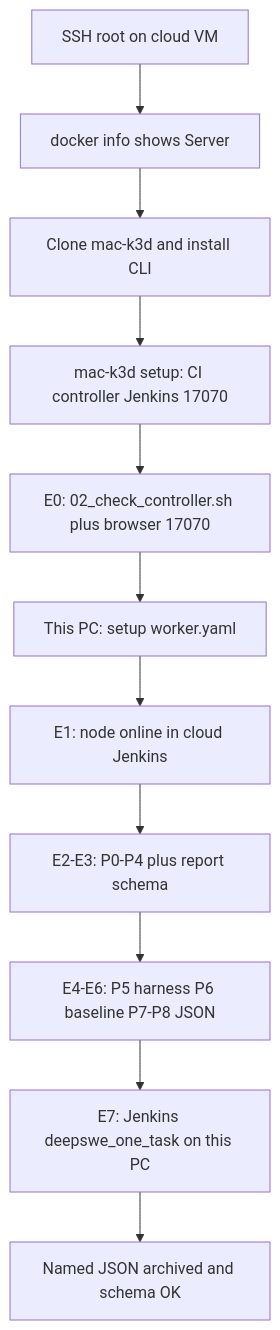
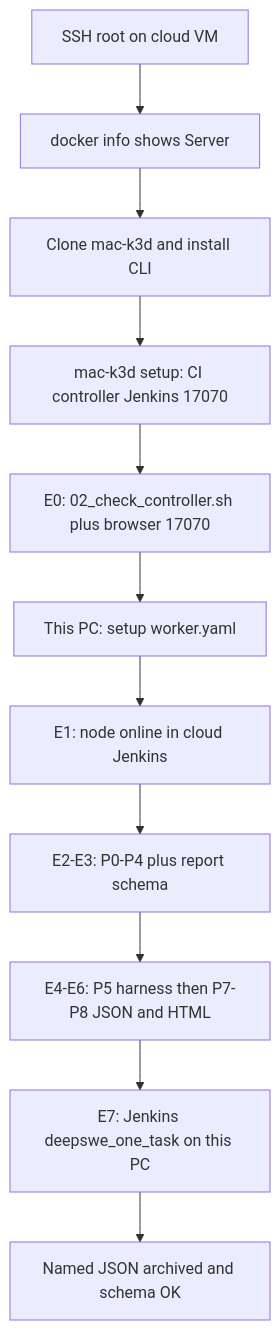
One commit to Toby-Yu/mac-k3d changed the first of 2 diagrams in docs/testing/cloud-eval-runbook.md. Above: the diagram before and after it, drawn with Mermaid. The commit also changed other lines of this file and 50 other files, not shown here.

````diff
--- a/docs/testing/cloud-eval-runbook.md
+++ b/docs/testing/cloud-eval-runbook.md
@@ -35,18 +35,18 @@
 ```mermaid
 flowchart TD
   sshRoot["SSH root on cloud VM"]
   dockerOk["docker info shows Server"]
   cloneBuild["Clone mac-k3d and install CLI"]
   setupCtrl["mac-k3d setup: CI controller Jenkins 17070"]
   e0check["E0: 02_check_controller.sh plus browser 17070"]
   workerSetup["This PC: setup worker.yaml"]
   e1check["E1: node online in cloud Jenkins"]
   cheap["E2-E3: P0-P4 plus report schema"]
-  paid["E4-E6: P5 harness P6 baseline P7-P8 JSON"]
+  paid["E4-E6: P5 harness then P7-P8 JSON and HTML"]
   e7job["E7: Jenkins deepswe_one_task on this PC"]
   jsonOut["Named JSON archived and schema OK"]
 
   sshRoot --> dockerOk --> cloneBuild --> setupCtrl --> e0check
   e0check --> workerSetup --> e1check
   e1check --> cheap --> paid --> e7job --> jsonOut
 ```
````
